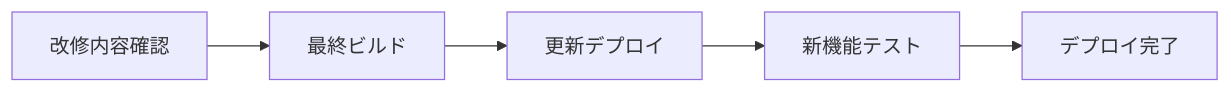
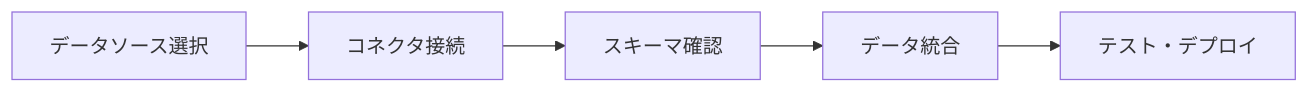
The fifth of 6 diagrams in README.md (PLUG365/DecisionFlow), drawn with Mermaid before and after one commit. The commit also changed other lines of this file and 1 other file, not shown here.

````diff
--- a/README.md
+++ b/README.md
@@ -282,7 +274,7 @@
 ```mermaid
 graph LR
-    A[改修内容確認] --> B[最終ビルド]
-    B --> C[更新デプロイ]
-    C --> D[新機能テスト]
-    D --> E[デプロイ完了]
+    A[データソース選択] --> B[コネクタ接続]
+    B --> C[スキーマ確認]
+    C --> D[データ統合]
+    D --> E[テスト・デプロイ]
 ```
````
